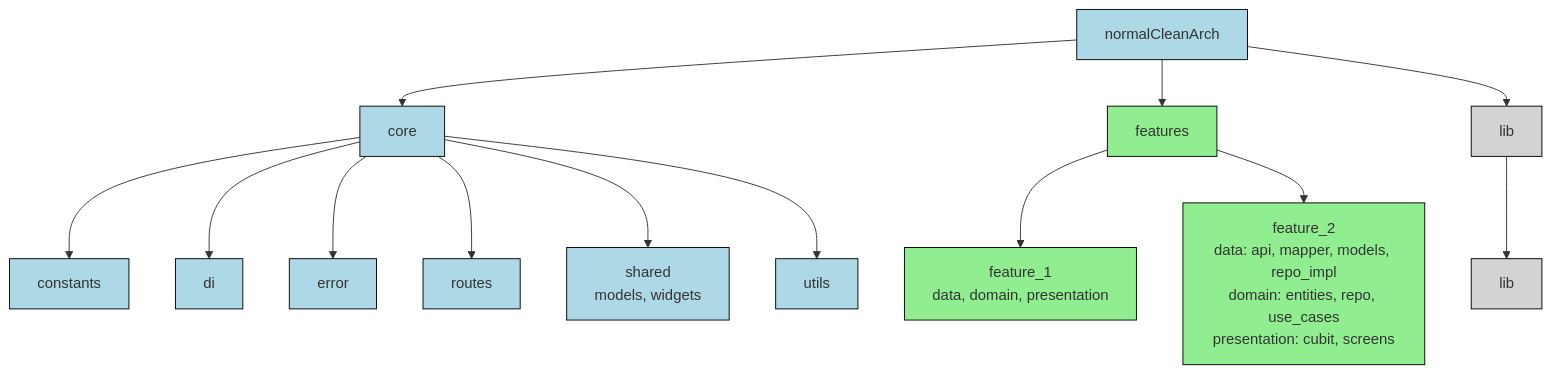
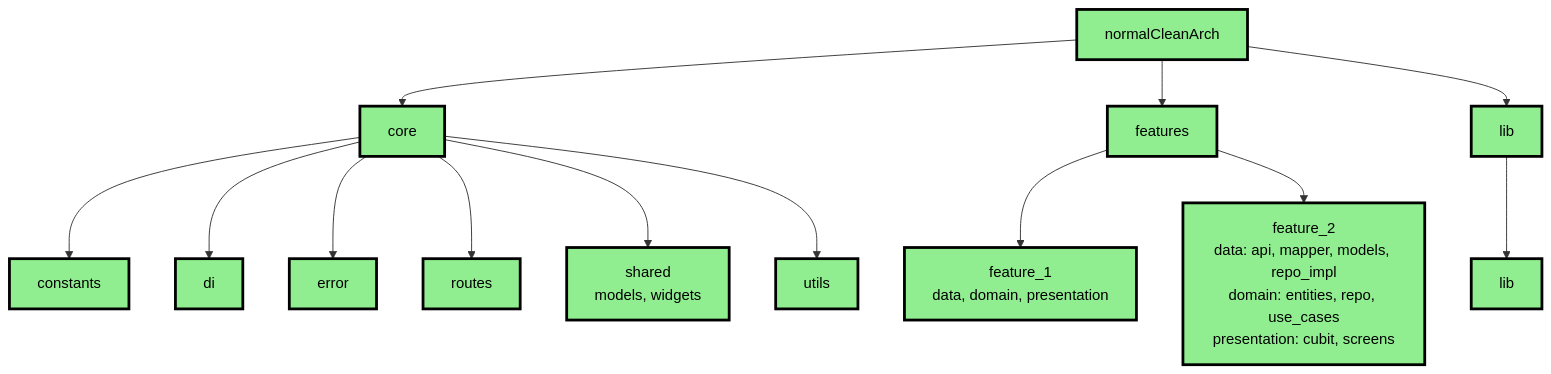
One commit to Mahm0udbakir/clean_arch changed the diagram in README.md. Above: the diagram before and after it, drawn with Mermaid.

Commit message:
Update README.md to enhance the architecture diagram's visual clarity by adjusting class definitions' colors and stroke widths.

````diff
--- a/README.md
+++ b/README.md
@@ -5,25 +5,25 @@
 ```mermaid
 graph TD
     A[normalCleanArch] --> B[core]
     A --> C[features]
     A --> D[lib]
 
     B --> B1[constants]
     B --> B2[di]
     B --> B3[error]
     B --> B4[routes]
     B --> B5["shared<br/>models, widgets"]
     B --> B6[utils]
 
     C --> C1["feature_1<br/>data, domain, presentation"]
     C --> C2["feature_2<br/>data: api, mapper, models, repo_impl<br/>domain: entities, repo, use_cases<br/>presentation: cubit, screens"]
 
     D --> D1[lib]
 
-    classDef core fill:#ADD8E6,stroke:#000000,stroke-width:1px;
-    classDef features fill:#90EE90,stroke:#000000,stroke-width:1px;
-    classDef lib fill:#D3D3D3,stroke:#000000,stroke-width:1px;
+    classDef core fill:#90EE90,stroke:#000000,stroke-width:3px,color:#000000;
+    classDef features fill:#90EE90,stroke:#000000,stroke-width:3px,color:#000000;
+    classDef lib fill:#90EE90,stroke:#000000,stroke-width:3px,color:#000000;
     class A,B,B1,B2,B3,B4,B5,B6 core;
     class C,C1,C2 features;
     class D,D1 lib;
 ```
````
